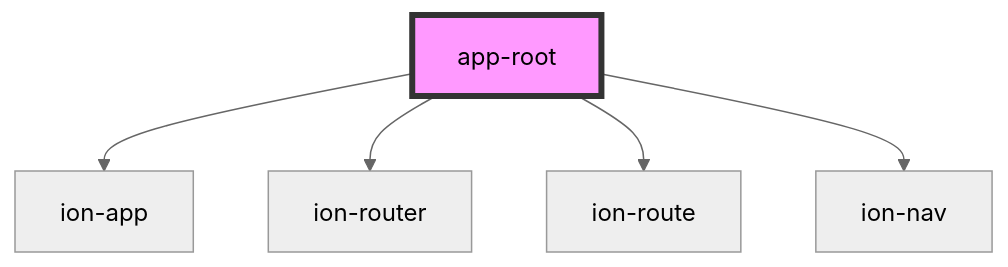
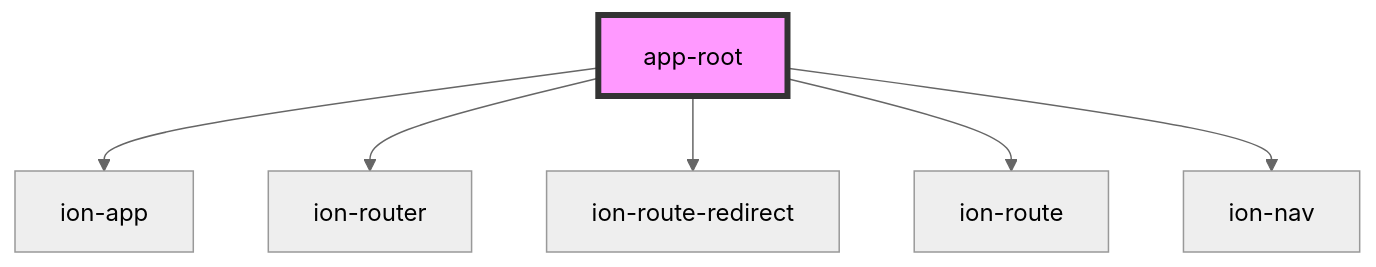
The diagram in stencil/docs/components/app-root/readme.md (beck24/laravel8-stencil), drawn with Mermaid (neutral theme) before and after one commit. The commit also changed other lines of this file and 15 other files, not shown here.

````diff
--- a/stencil/docs/components/app-root/readme.md
+++ b/stencil/docs/components/app-root/readme.md
@@ -18,8 +19,9 @@
 ```mermaid
 graph TD;
   app-root --> ion-app
   app-root --> ion-router
+  app-root --> ion-route-redirect
   app-root --> ion-route
   app-root --> ion-nav
   style app-root fill:#f9f,stroke:#333,stroke-width:4px
 ```
````
